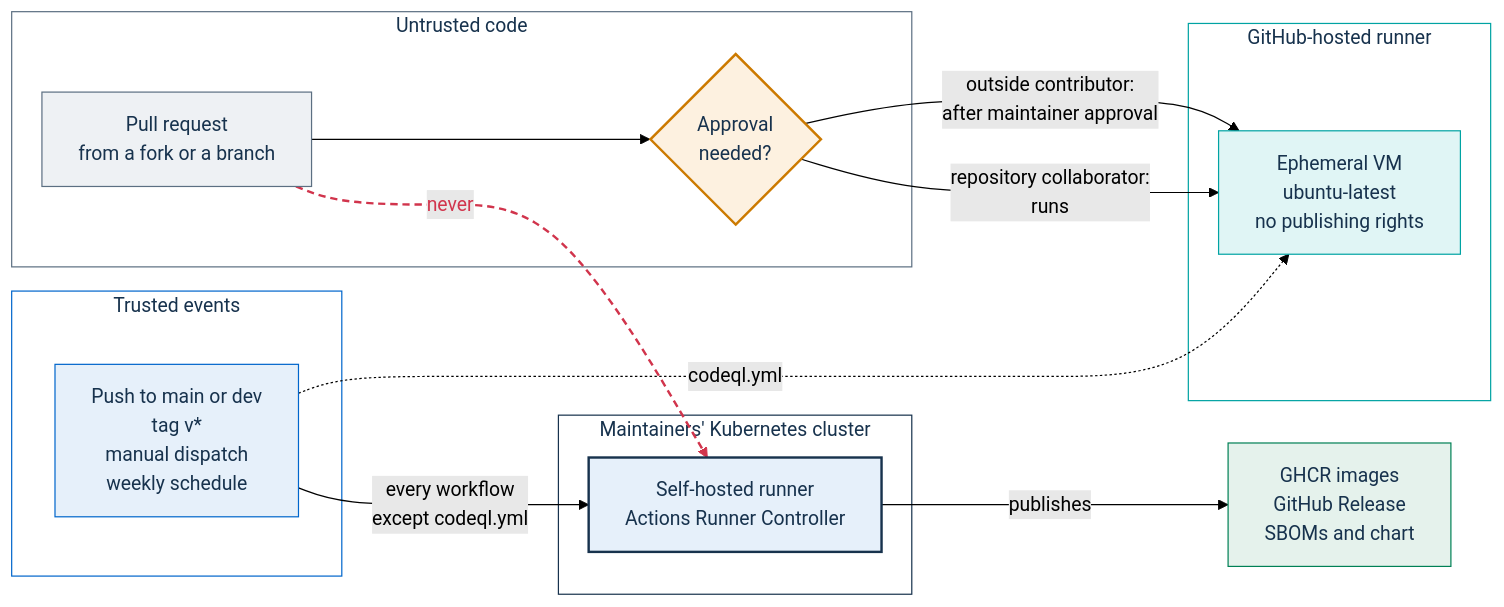
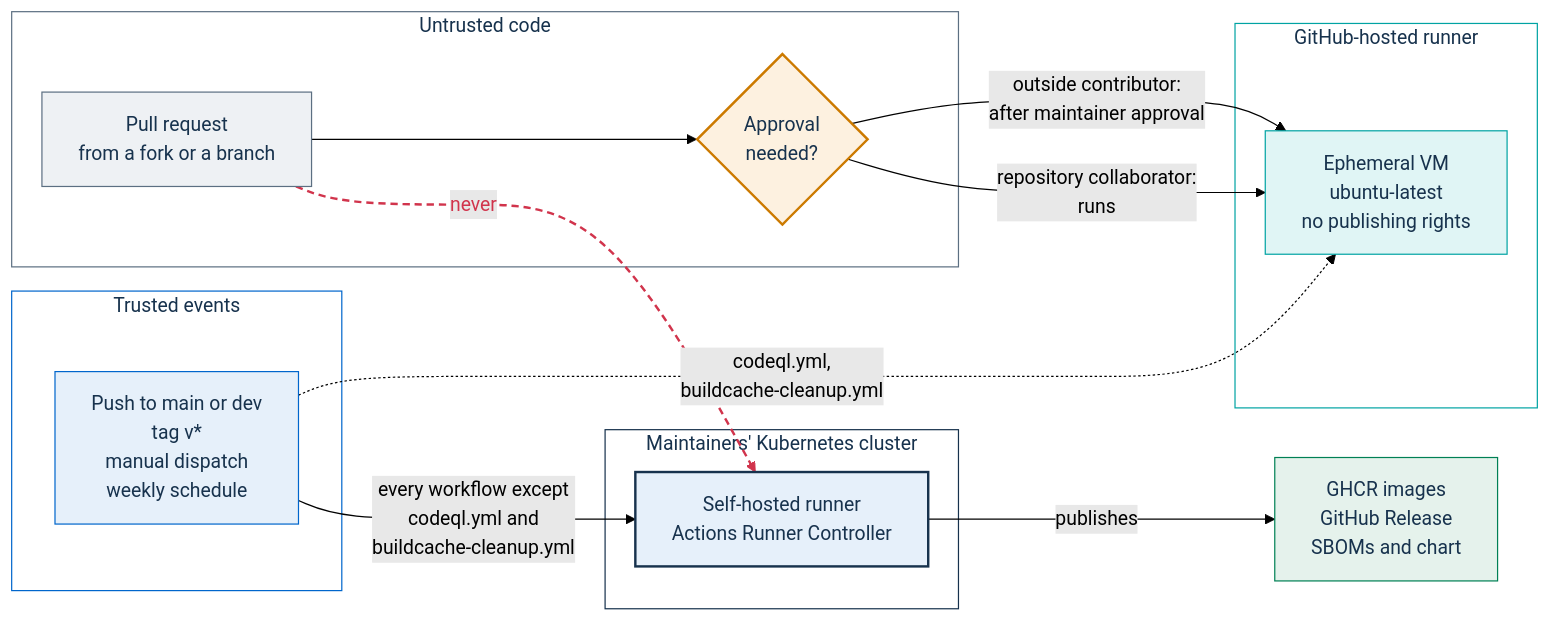
One commit to italia/pa-webinar changed the second of 2 diagrams in SECURITY.md. Above: the diagram before and after it, drawn with Mermaid (forest theme). The commit also changed other lines of this file and 6 other files, not shown here.

````diff
--- a/SECURITY.md
+++ b/SECURITY.md
@@ -158,37 +155,37 @@
 ```mermaid
 flowchart LR
   subgraph untrusted["Untrusted code"]
     pr["Pull request<br/>from a fork or a branch"]:::ext
     gate{"Approval<br/>needed?"}:::risk
   end
   subgraph hosted["GitHub-hosted runner"]
     gh["Ephemeral VM<br/>ubuntu-latest<br/>no publishing rights"]:::data
   end
   subgraph trusted["Trusted events"]
     ev["Push to main or dev<br/>tag v*<br/>manual dispatch<br/>weekly schedule"]:::portal
   end
   subgraph cluster["Maintainers' Kubernetes cluster"]
     sh["Self-hosted runner<br/>Actions Runner Controller"]:::dark
   end
   out["GHCR images<br/>GitHub Release<br/>SBOMs and chart"]:::out
 
   pr --> gate
   gate -- "outside contributor:<br/>after maintainer approval" --> gh
   gate -- "repository collaborator:<br/>runs" --> gh
-  ev -- "every workflow<br/>except codeql.yml" --> sh
-  ev -. "codeql.yml" .-> gh
+  ev -- "every workflow except<br/>codeql.yml and<br/>buildcache-cleanup.yml" --> sh
+  ev -. "codeql.yml,<br/>buildcache-cleanup.yml" .-> gh
   sh -- "publishes" --> out
   pr -. "never" .-> sh
 
   classDef ext fill:#EEF1F4,stroke:#5C6F82,color:#17324D
   classDef risk fill:#FDF1E0,stroke:#CC7A00,color:#17324D,stroke-width:2px
   classDef data fill:#E0F5F5,stroke:#00A3A3,color:#17324D
   classDef portal fill:#E6F0FA,stroke:#0066CC,color:#17324D
   classDef dark fill:#E6F0FA,stroke:#17324D,color:#17324D,stroke-width:2px
   classDef out fill:#E5F2EC,stroke:#008055,color:#17324D
   linkStyle 6 stroke:#D1344C,stroke-width:2px,stroke-dasharray:6 4,color:#D1344C
   style untrusted fill:#FFFFFF,stroke:#5C6F82,color:#17324D
   style hosted fill:#FFFFFF,stroke:#00A3A3,color:#17324D
   style trusted fill:#FFFFFF,stroke:#0066CC,color:#17324D
   style cluster fill:#FFFFFF,stroke:#17324D,color:#17324D
 ```
````
